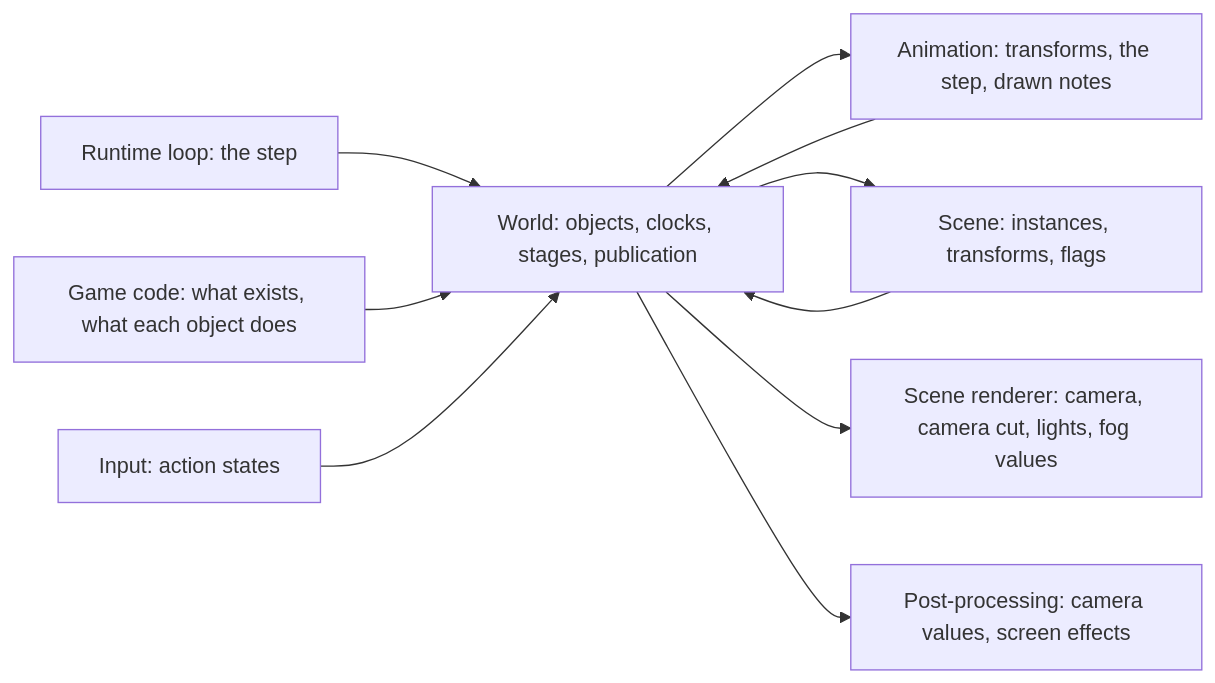
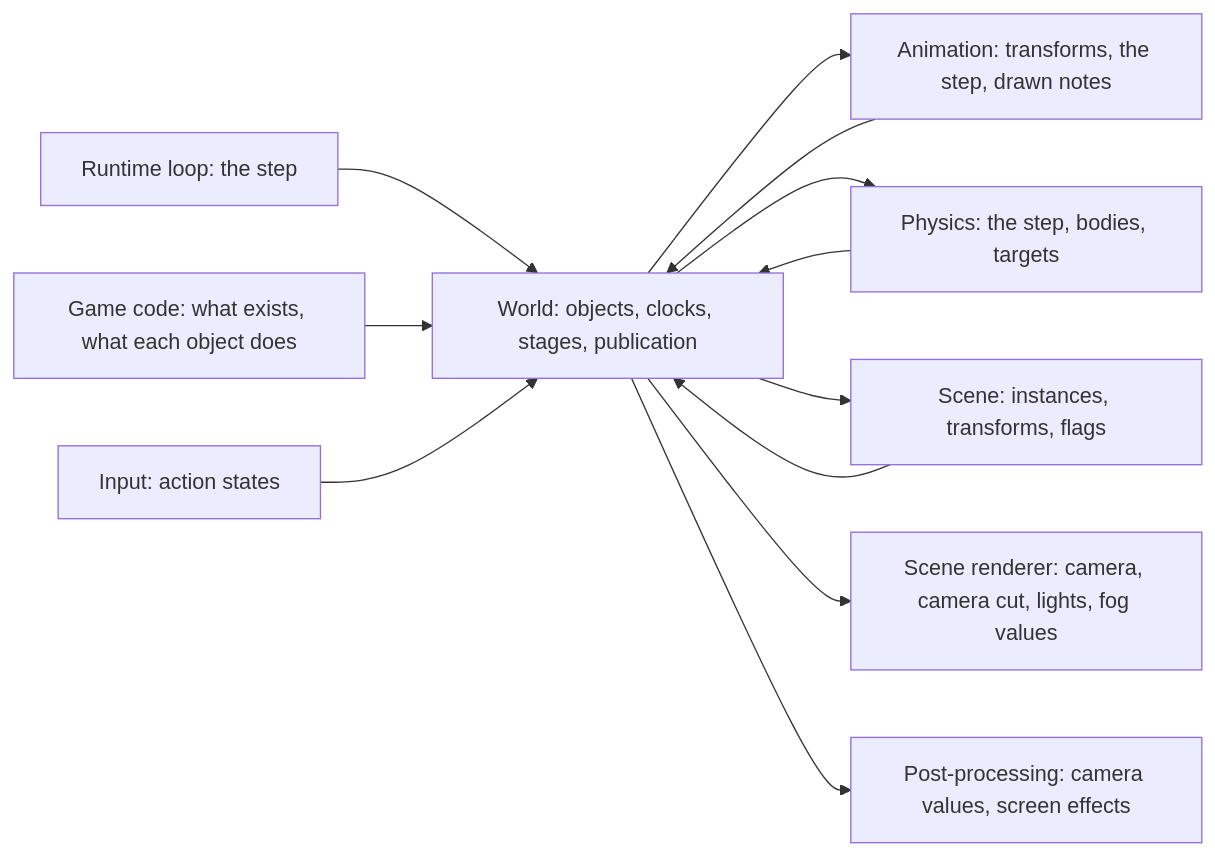
One commit to plainsight-systems/bullet-witch changed the first of 2 diagrams in docs/architecture/world.md. Above: the diagram before and after it, drawn with Mermaid. The commit also changed other lines of this file and 5 other files, not shown here.

First line of the commit message:
Physics: one scene of bodies with channels and responses, queries that return sorted hits, a step that pushes changes and hands back a change list, and a solver library behind the contract

````diff
--- a/docs/architecture/world.md
+++ b/docs/architecture/world.md
@@ -30,12 +31,14 @@
 ```mermaid
 flowchart LR
     RL["Runtime loop: the step"] --> W["World: objects, clocks, stages, publication"]
     GM["Game code: what exists, what each object does"] --> W
     IN["Input: action states"] --> W
     W --> AN["Animation: transforms, the step, drawn notes"]
     AN --> W
+    W --> PH["Physics: the step, bodies, targets"]
+    PH --> W
     W --> SC["Scene: instances, transforms, flags"]
     SC --> W
     W --> SR["Scene renderer: camera, camera cut, lights, fog values"]
     W --> PP["Post-processing: camera values, screen effects"]
 ```
````
